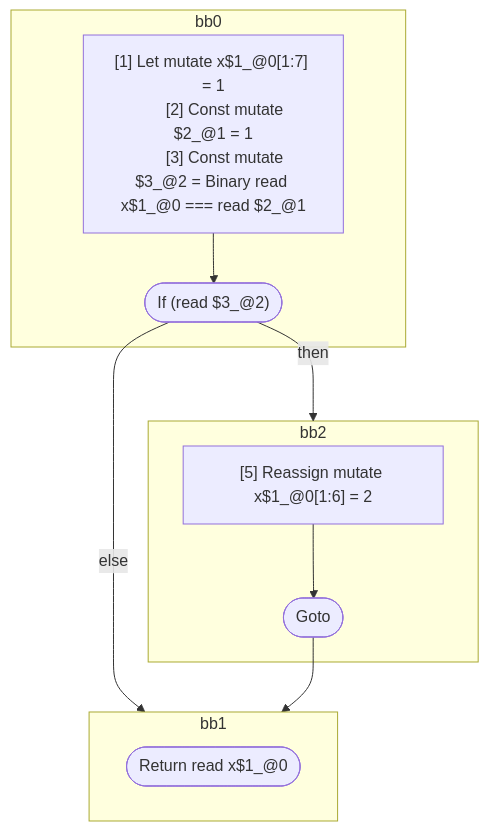
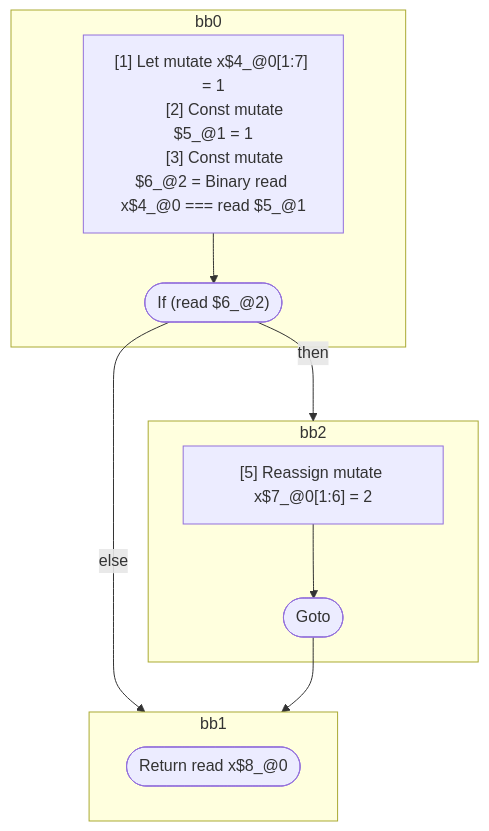
One commit to wutsmog/private changed the diagram in compiler/forget/src/__tests__/fixtures/hir/ssa-return.expect.md. Above: the diagram before and after it, drawn with Mermaid. The commit also changed other lines of this file and 59 other files, not shown here.

````diff
--- a/compiler/forget/src/__tests__/fixtures/hir/ssa-return.expect.md
+++ b/compiler/forget/src/__tests__/fixtures/hir/ssa-return.expect.md
@@ -35,27 +36,27 @@
 ```mermaid
 flowchart TB
   %% Basic Blocks
   subgraph bb0
     bb0_instrs["
-      [1] Let mutate x$1_@0[1:7] = 1
-      [2] Const mutate $2_@1 = 1
-      [3] Const mutate $3_@2 = Binary read x$1_@0 === read $2_@1
+      [1] Let mutate x$4_@0[1:7] = 1
+      [2] Const mutate $5_@1 = 1
+      [3] Const mutate $6_@2 = Binary read x$4_@0 === read $5_@1
     "]
-    bb0_instrs --> bb0_terminal(["If (read $3_@2)"])
+    bb0_instrs --> bb0_terminal(["If (read $6_@2)"])
   end
   subgraph bb2
     bb2_instrs["
-      [5] Reassign mutate x$1_@0[1:6] = 2
+      [5] Reassign mutate x$7_@0[1:6] = 2
     "]
     bb2_instrs --> bb2_terminal(["Goto"])
   end
   subgraph bb1
-    bb1_terminal(["Return read x$1_@0"])
+    bb1_terminal(["Return read x$8_@0"])
   end
 
   %% Jumps
   bb0_terminal -- "then" --> bb2
   bb0_terminal -- "else" --> bb1
   bb2_terminal --> bb1
 
 ```
````
